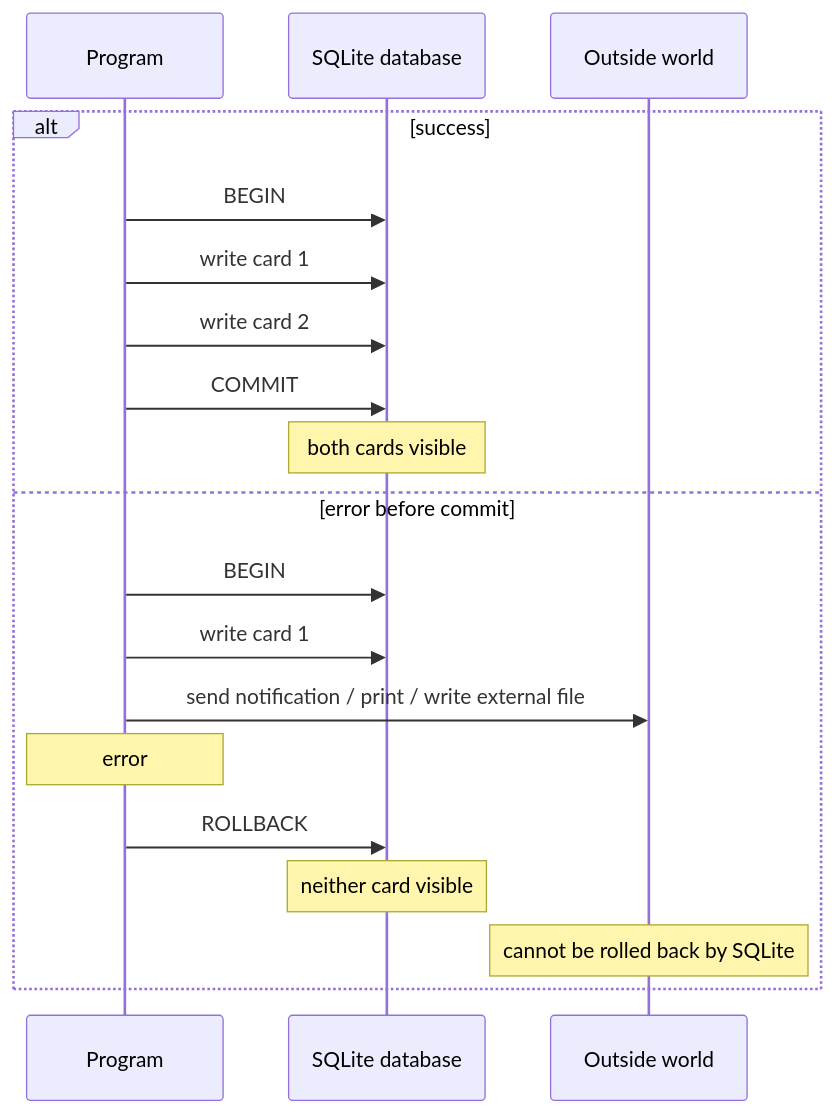
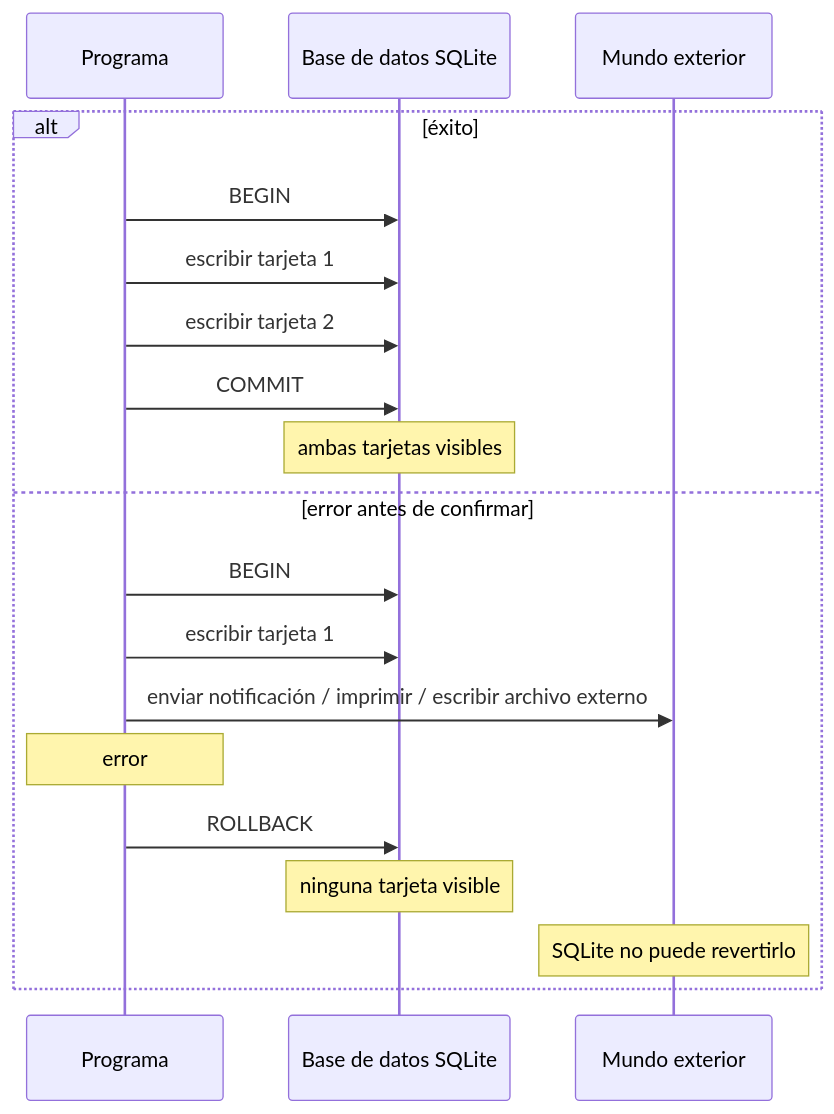
Before and after one commit to dullroar/aprende-a-programar-como-un-bicho-raro: the diagram in lessons/guias-de-estudio/conceptos/efectos-errores-y-confirmacion.md, drawn with Mermaid. The commit also changed other lines of this file and 8 other files, not shown here.

````diff
--- a/lessons/guias-de-estudio/conceptos/efectos-errores-y-confirmacion.md
+++ b/lessons/guias-de-estudio/conceptos/efectos-errores-y-confirmacion.md
@@ -57,23 +57,23 @@
 ```mermaid
 sequenceDiagram
-    accTitle: The database rolls back its transaction, not every effect the program caused
-    accDescr: A sequence diagram with the program, the SQLite database and the outside world. In the success case the program begins, writes card 1, writes card 2 and commits, and both cards are visible. In the failure case the program begins and writes card 1. It sends a notification to the outside world, which is not part of the transaction. Then an error occurs and the program rolls back, so neither card is visible. SQLite cannot unsend the notification.
-    participant P as Program
-    participant DB as SQLite database
-    participant X as Outside world
-    alt success
+    accTitle: La base de datos revierte su transacción, no todos los efectos que causó el programa
+    accDescr: Un diagrama de secuencia con el programa, la base de datos SQLite y el mundo exterior. En el caso de éxito, el programa inicia la transacción, escribe la tarjeta 1, escribe la tarjeta 2 y confirma, y ambas tarjetas quedan visibles. En el caso de fallo, el programa inicia la transacción y escribe la tarjeta 1. Envía una notificación al mundo exterior, que no forma parte de la transacción. Luego ocurre un error y el programa revierte, así que ninguna tarjeta queda visible. SQLite no puede deshacer el envío de la notificación.
+    participant P as Programa
+    participant DB as Base de datos SQLite
+    participant X as Mundo exterior
+    alt éxito
         P->>DB: BEGIN
-        P->>DB: write card 1
-        P->>DB: write card 2
+        P->>DB: escribir tarjeta 1
+        P->>DB: escribir tarjeta 2
         P->>DB: COMMIT
-        Note over DB: both cards visible
-    else error before commit
+        Note over DB: ambas tarjetas visibles
+    else error antes de confirmar
         P->>DB: BEGIN
-        P->>DB: write card 1
-        P->>X: send notification / print / write external file
+        P->>DB: escribir tarjeta 1
+        P->>X: enviar notificación / imprimir / escribir archivo externo
         Note over P: error
         P->>DB: ROLLBACK
-        Note over DB: neither card visible
-        Note over X: cannot be rolled back by SQLite
+        Note over DB: ninguna tarjeta visible
+        Note over X: SQLite no puede revertirlo
     end
 ```
````
